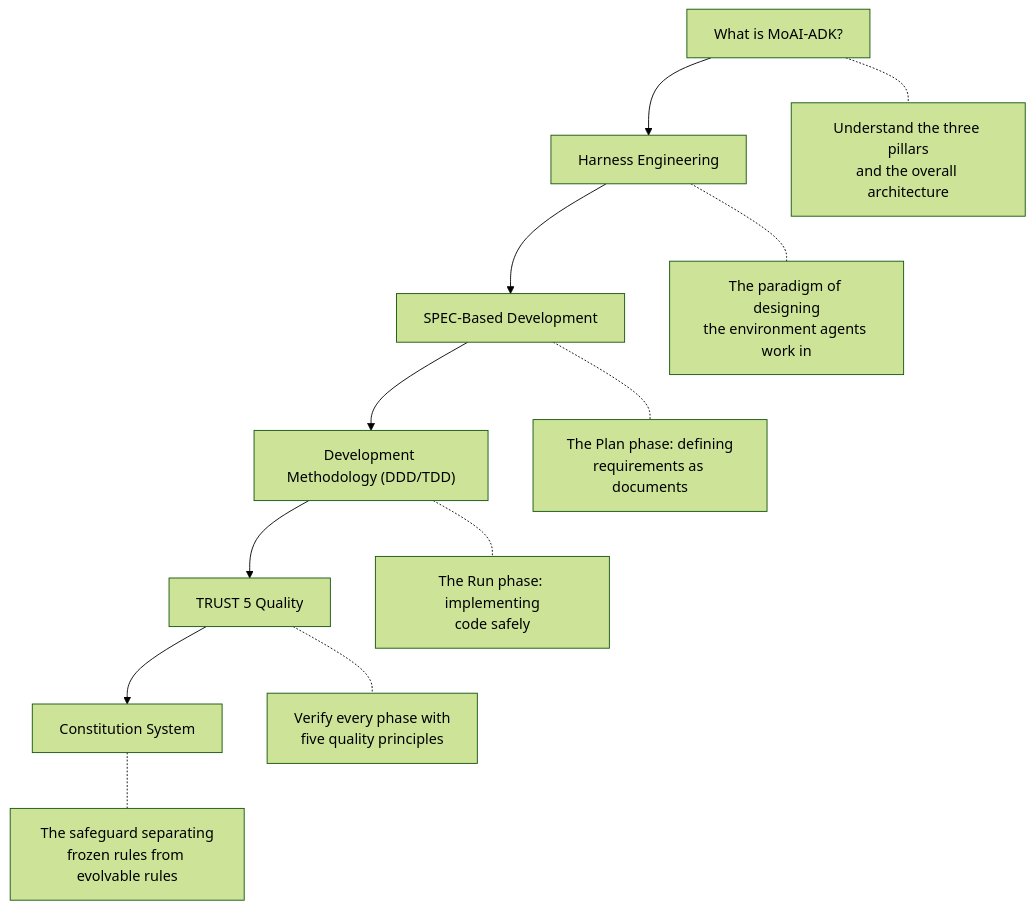
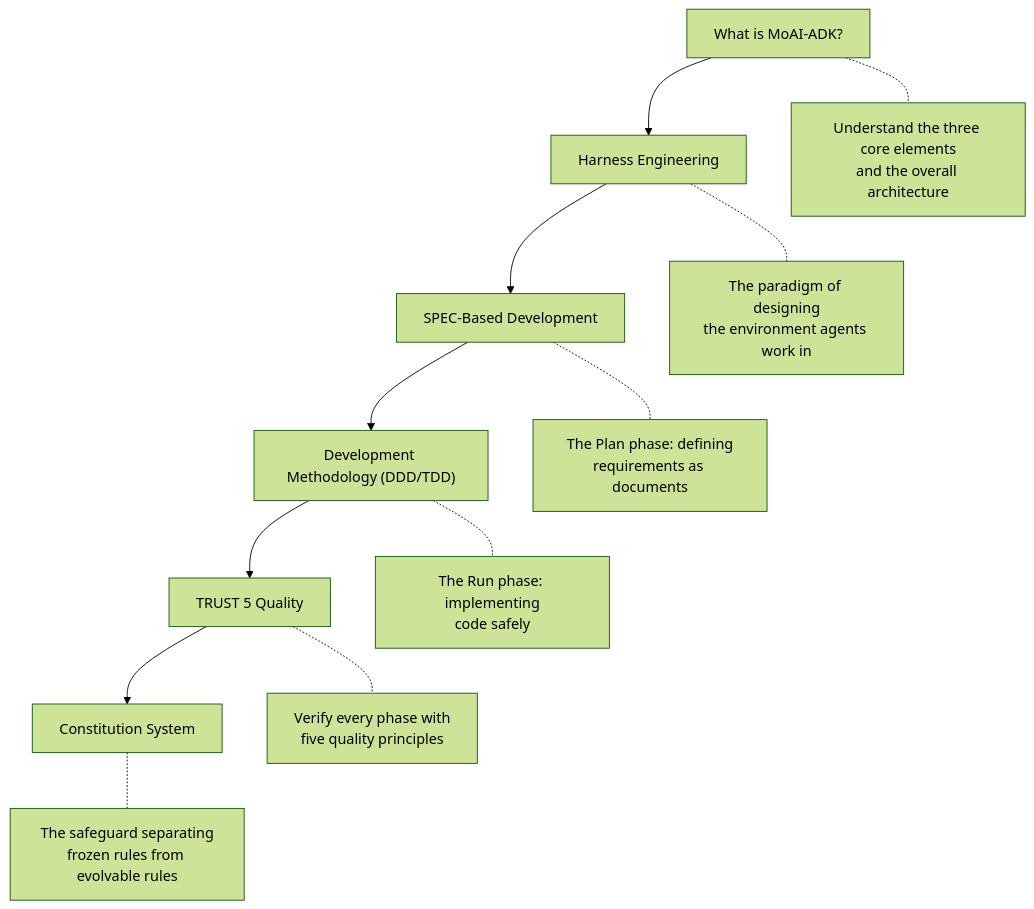
Before and after one commit to modu-ai/moai-adk: the diagram in docs-site/content/en/core-concepts/_index.md, drawn with Mermaid (forest theme). The commit also changed other lines of this file and 124 other files, not shown here.

````diff
--- a/docs-site/content/en/core-concepts/_index.md
+++ b/docs-site/content/en/core-concepts/_index.md
@@ -28,15 +28,15 @@
 ```mermaid
 flowchart TD
     A["What is MoAI-ADK?"] --> B["Harness Engineering"]
     B --> C["SPEC-Based Development"]
     C --> D["Development Methodology (DDD/TDD)"]
     D --> E["TRUST 5 Quality"]
     E --> F["Constitution System"]
 
-    A -.- A1["Understand the three pillars\nand the overall architecture"]
+    A -.- A1["Understand the three core elements\nand the overall architecture"]
     B -.- B1["The paradigm of designing\nthe environment agents work in"]
     C -.- C1["The Plan phase: defining\nrequirements as documents"]
     D -.- D1["The Run phase: implementing\ncode safely"]
     E -.- E1["Verify every phase with\nfive quality principles"]
     F -.- F1["The safeguard separating\nfrozen rules from evolvable rules"]
 ```
````
